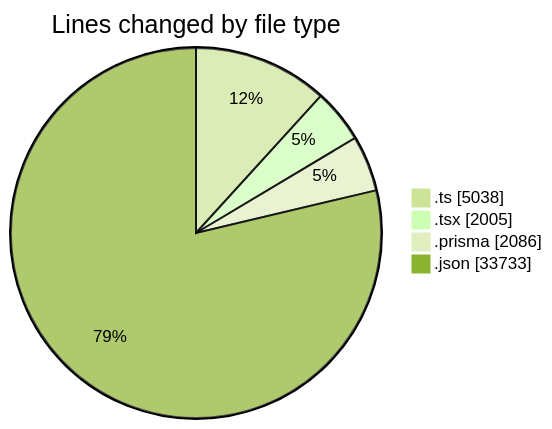
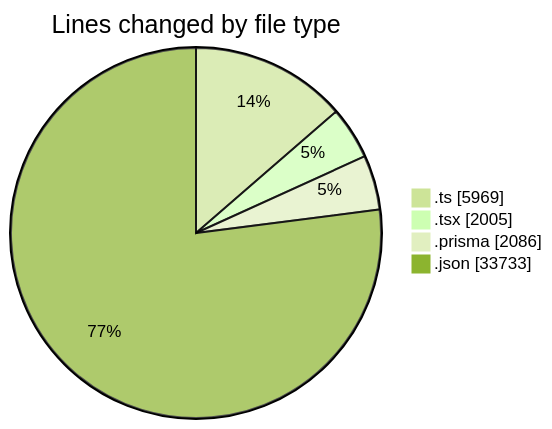
Before and after one commit to CELIANVF/code-tracking: the first of 2 diagrams in 2025-05-19/ecodeli-1/README.md, drawn with Mermaid (forest theme). The commit also changed other lines of this file and 1 other file, not shown here.

````diff
--- a/2025-05-19/ecodeli-1/README.md
+++ b/2025-05-19/ecodeli-1/README.md
@@ -46,8 +47,8 @@
 ```mermaid
 pie showData
 title Lines changed by file type
-".ts" : 5038
+".ts" : 5969
 ".tsx" : 2005
 ".prisma" : 2086
 ".json" : 33733
 ```
````
